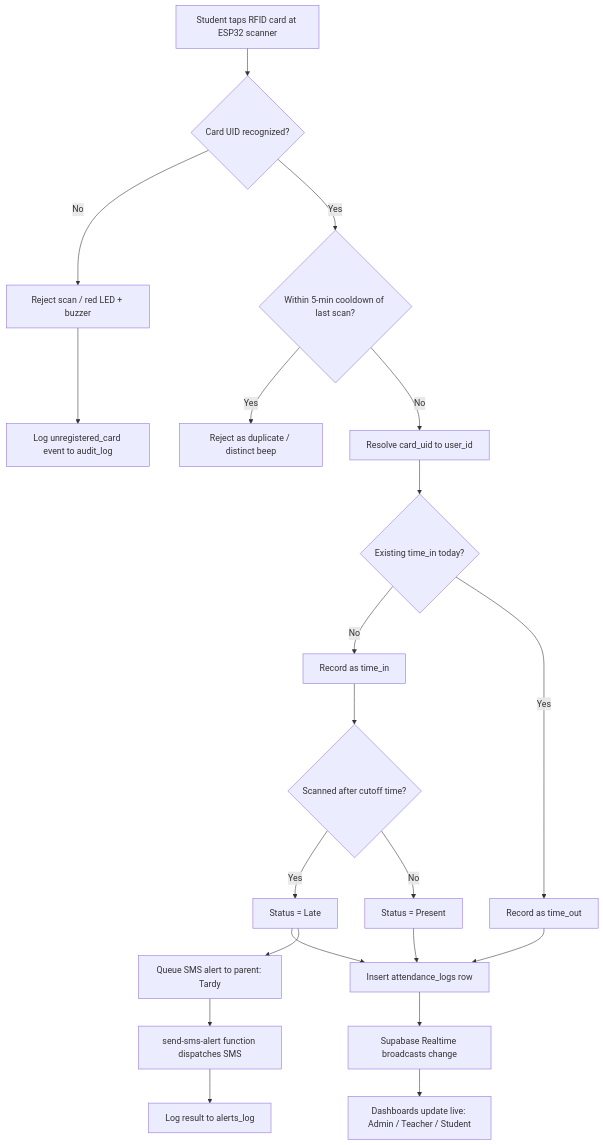
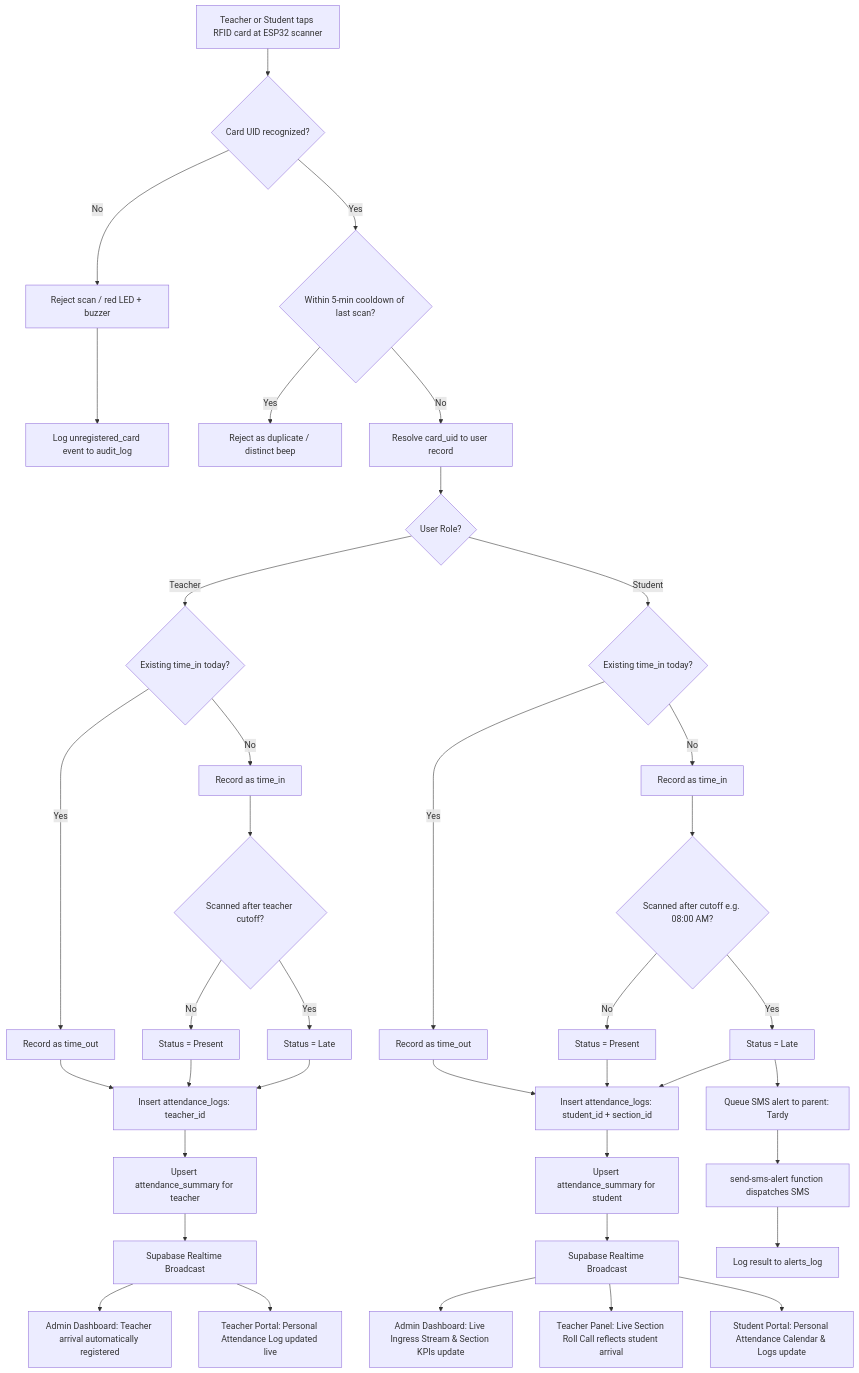
The first of 7 diagrams in docs/WORKFLOW.md (jaynzxc/Attendance-Monitoring-System), drawn with Mermaid before and after one commit. The commit also changed other lines of this file and 77 other files, not shown here.

Commit message:
[Core] Complete Milestones 1-6 architecture, teacher attendance flow, and theme anti-FOUC

````diff
--- a/docs/WORKFLOW.md
+++ b/docs/WORKFLOW.md
@@ -19,23 +24,44 @@
 ```mermaid
 flowchart TD
-    A[Student taps RFID card at ESP32 scanner] --> B{Card UID recognized?}
+    A[Teacher or Student taps RFID card at ESP32 scanner] --> B{Card UID recognized?}
     B -- No --> B1[Reject scan / red LED + buzzer]
     B1 --> B2[Log unregistered_card event to audit_log]
     B -- Yes --> C{Within 5-min cooldown of last scan?}
     C -- Yes --> C1[Reject as duplicate / distinct beep]
-    C -- No --> D[Resolve card_uid to user_id]
-    D --> E{Existing time_in today?}
-    E -- No --> F[Record as time_in]
-    E -- Yes --> G[Record as time_out]
-    F --> H{Scanned after cutoff time?}
-    H -- Yes --> I[Status = Late]
-    H -- No --> J[Status = Present]
-    I --> K[Insert attendance_logs row]
-    J --> K
-    G --> K
-    K --> L[Supabase Realtime broadcasts change]
-    L --> M[Dashboards update live: Admin / Teacher / Student]
-    I --> N[Queue SMS alert to parent: Tardy]
-    N --> O[send-sms-alert function dispatches SMS]
-    O --> P[Log result to alerts_log]
+    C -- No --> D[Resolve card_uid to user record]
+    D --> E{User Role?}
+    
+    %% Teacher Flow
+    E -- Teacher --> T1{Existing time_in today?}
+    T1 -- No --> T2[Record as time_in]
+    T1 -- Yes --> T3[Record as time_out]
+    T2 --> T4{Scanned after teacher cutoff?}
+    T4 -- Yes --> T5[Status = Late]
+    T4 -- No --> T6[Status = Present]
+    T5 --> T7[Insert attendance_logs: teacher_id]
+    T6 --> T7
+    T3 --> T7
+    T7 --> T8[Upsert attendance_summary for teacher]
+    T8 --> T9[Supabase Realtime Broadcast]
+    T9 --> T10[Admin Dashboard: Teacher arrival automatically registered]
+    T9 --> T11[Teacher Portal: Personal Attendance Log updated live]
+
+    %% Student Flow
+    E -- Student --> S1{Existing time_in today?}
+    S1 -- No --> S2[Record as time_in]
+    S1 -- Yes --> S3[Record as time_out]
+    S2 --> S4{Scanned after cutoff e.g. 08:00 AM?}
+    S4 -- Yes --> S5[Status = Late]
+    S4 -- No --> S6[Status = Present]
+    S5 --> S7[Insert attendance_logs: student_id + section_id]
+    S6 --> S7
+    S3 --> S7
+    S7 --> S8[Upsert attendance_summary for student]
+    S8 --> S9[Supabase Realtime Broadcast]
+    S9 --> S10[Admin Dashboard: Live Ingress Stream & Section KPIs update]
+    S9 --> S11[Teacher Panel: Live Section Roll Call reflects student arrival]
+    S9 --> S12[Student Portal: Personal Attendance Calendar & Logs update]
+    S5 --> S13[Queue SMS alert to parent: Tardy]
+    S13 --> S14[send-sms-alert function dispatches SMS]
+    S14 --> S15[Log result to alerts_log]
 ```
````
